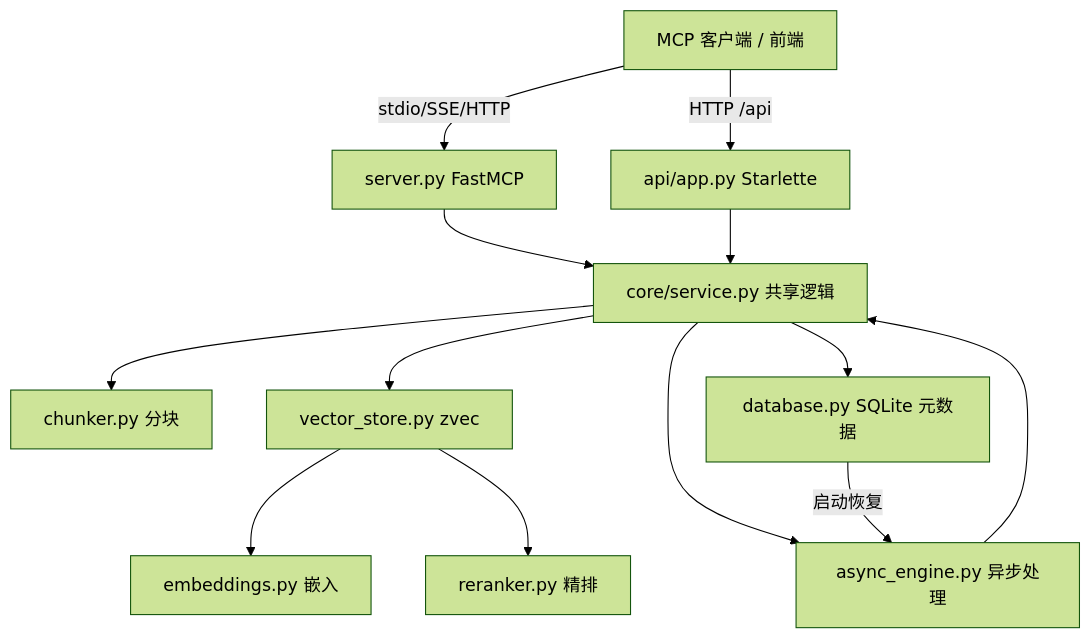
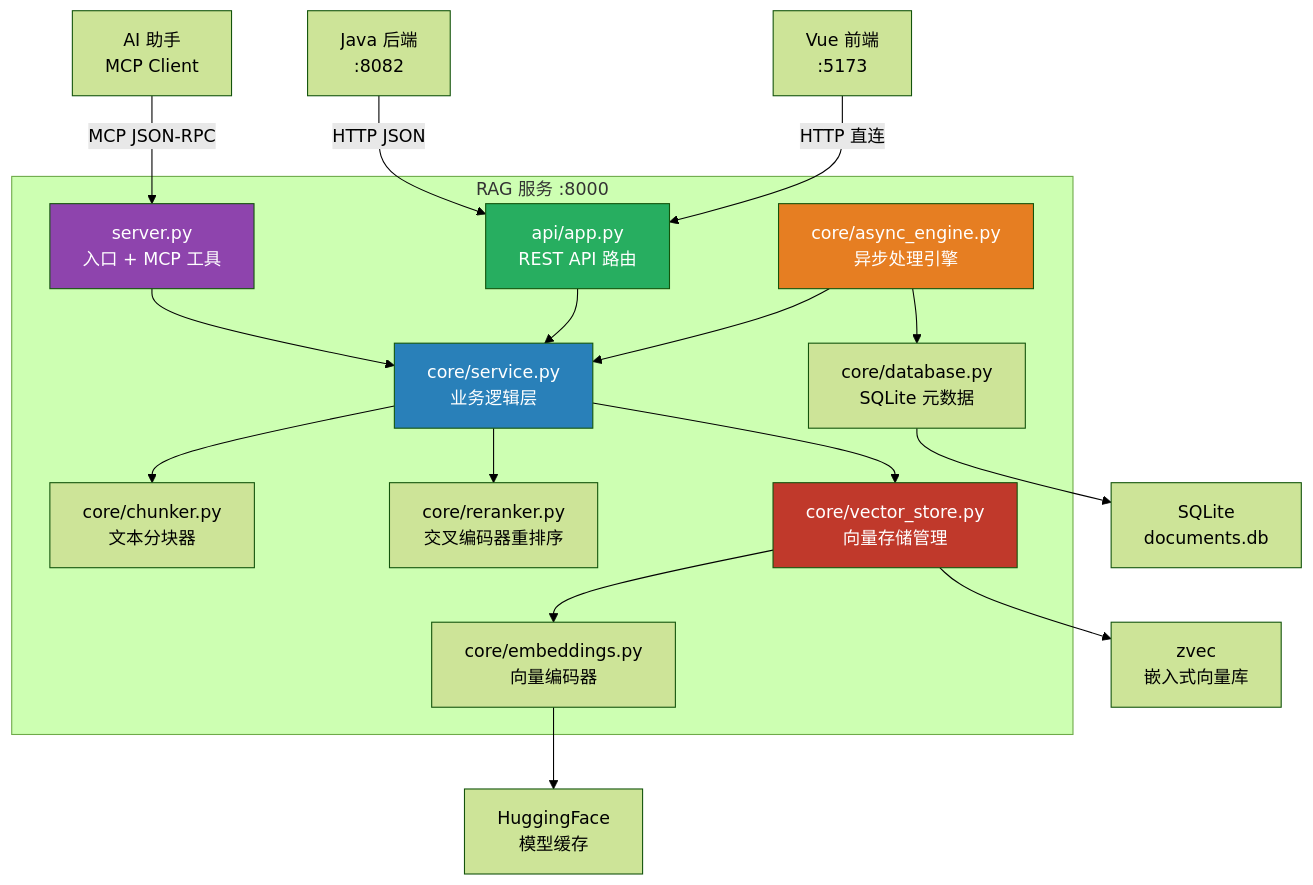
One commit to mambo-wang/CodingHub changed the first of 4 diagrams in repowiki/rag-service.md. Above: the diagram before and after it, drawn with Mermaid (forest theme). The commit also changed other lines of this file and 34 other files, not shown here.

````diff
--- a/repowiki/rag-service.md
+++ b/repowiki/rag-service.md
@@ -14,15 +60,43 @@
 ```mermaid
 graph TD
-    Client[MCP 客户端 / 前端] -->|stdio/SSE/HTTP| Server[server.py FastMCP]
-    Client -->|HTTP /api| RestAPI[api/app.py Starlette]
-    Server --> SVC[core/service.py 共享逻辑]
-    RestAPI --> SVC
-    SVC --> Chunker[chunker.py 分块]
-    SVC --> VS[vector_store.py zvec]
-    SVC --> DB[database.py SQLite 元数据]
-    SVC --> AsyncEng[async_engine.py 异步处理]
-    VS --> Embed[embeddings.py 嵌入]
-    VS --> Rerank[reranker.py 精排]
-    AsyncEng --> SVC
-    DB -->|启动恢复| AsyncEng
+    JAVA["Java 后端<br/>:8082"]
+    FE["Vue 前端<br/>:5173"]
+    AI["AI 助手<br/>MCP Client"]
+
+    subgraph RAG["RAG 服务 :8000"]
+        SERVER["server.py<br/>入口 + MCP 工具"]
+        API["api/app.py<br/>REST API 路由"]
+        SVC["core/service.py<br/>业务逻辑层"]
+        ENGINE["core/async_engine.py<br/>异步处理引擎"]
+        CHUNKER["core/chunker.py<br/>文本分块器"]
+        EMBED["core/embeddings.py<br/>向量编码器"]
+        RERANK["core/reranker.py<br/>交叉编码器重排序"]
+        VSTORE["core/vector_store.py<br/>向量存储管理"]
+        DB["core/database.py<br/>SQLite 元数据"]
+    end
+
+    ZVEC["zvec<br/>嵌入式向量库"]
+    SQLITE["SQLite<br/>documents.db"]
+    HF["HuggingFace<br/>模型缓存"]
+
+    JAVA -->|"HTTP JSON"| API
+    FE -->|"HTTP 直连"| API
+    AI -->|"MCP JSON-RPC"| SERVER
+    SERVER --> SVC
+    API --> SVC
+    SVC --> VSTORE
+    SVC --> CHUNKER
+    SVC --> RERANK
+    ENGINE --> SVC
+    ENGINE --> DB
+    VSTORE --> EMBED
+    VSTORE --> ZVEC
+    EMBED --> HF
+    DB --> SQLITE
+
+    style SERVER fill:#8e44ad,color:#fff
+    style API fill:#27ae60,color:#fff
+    style SVC fill:#2980b9,color:#fff
+    style ENGINE fill:#e67e22,color:#fff
+    style VSTORE fill:#c0392b,color:#fff
 ```
````
